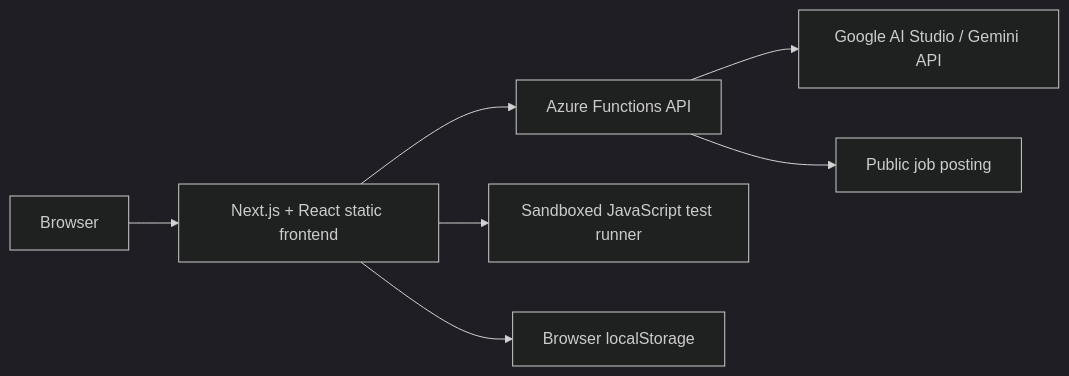
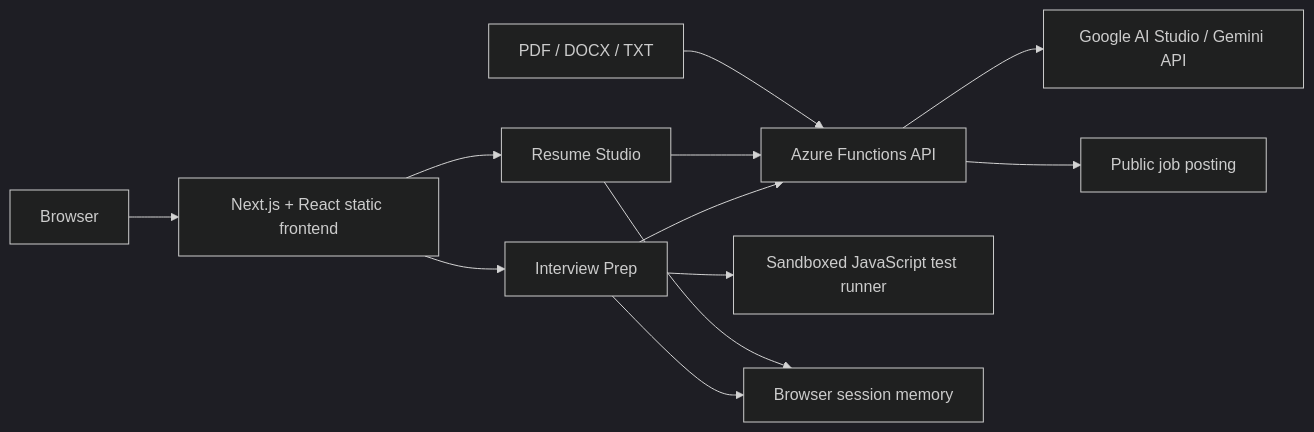
One commit to BIngram17/InterviewIQ-Live-Demo changed the diagram in README.md. Above: the diagram before and after it, drawn with Mermaid (dark theme). The commit also changed other lines of this file and 12 other files, not shown here.

````diff
--- a/README.md
+++ b/README.md
@@ -50,17 +58,21 @@
 ```mermaid
 flowchart LR
-    U["Browser"]
-    UI["Next.js + React static frontend"]
+    U["Browser"] --> UI["Next.js + React static frontend"]
+    UI --> INTERVIEW["Interview Prep"]
+    UI --> RESUME["Resume Studio"]
     API["Azure Functions API"]
     AI["Google AI Studio / Gemini API"]
     RUNNER["Sandboxed JavaScript test runner"]
-    STORE["Browser localStorage"]
+    STORE["Browser session memory"]
     JOB["Public job posting"]
+    FILES["PDF / DOCX / TXT"]
 
-    U --> UI
-    UI --> API
+    INTERVIEW --> API
+    INTERVIEW --> RUNNER
+    INTERVIEW --> STORE
+    RESUME --> API
+    RESUME --> STORE
+    FILES --> API
     API --> AI
-    UI --> RUNNER
-    UI --> STORE
     API --> JOB
 ```
````
